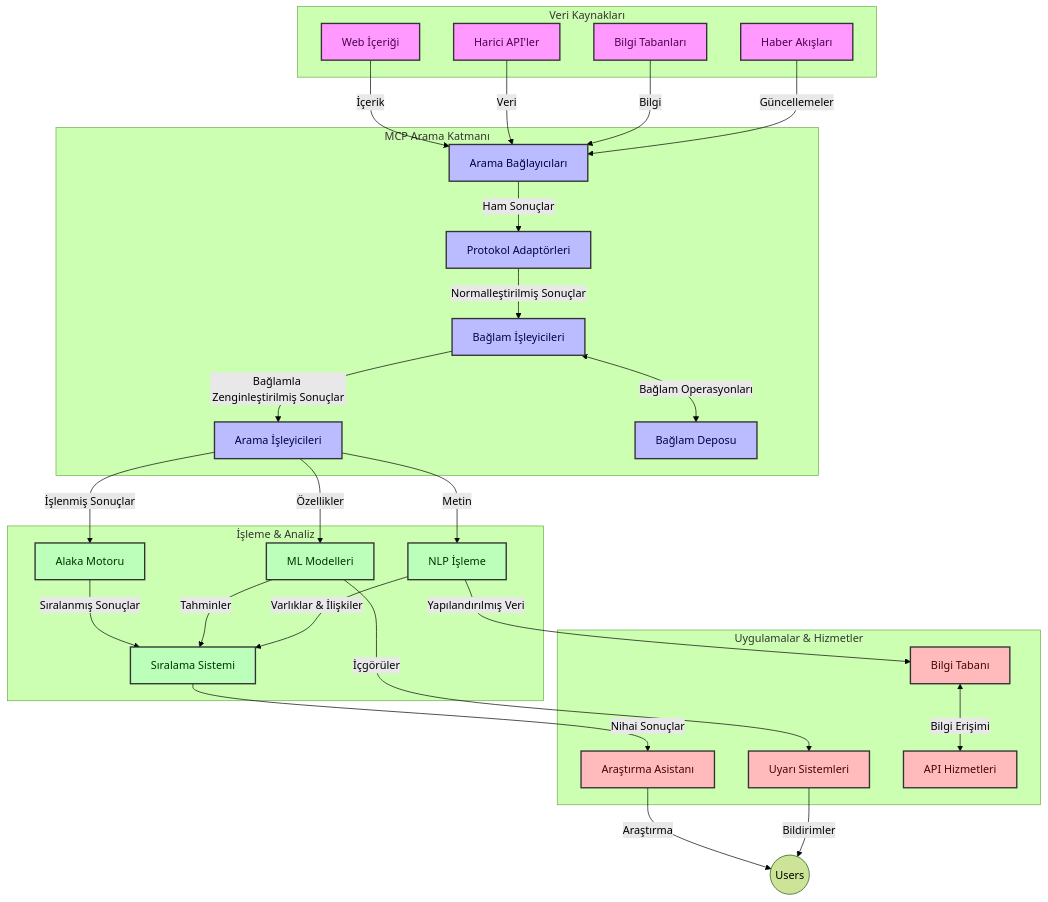
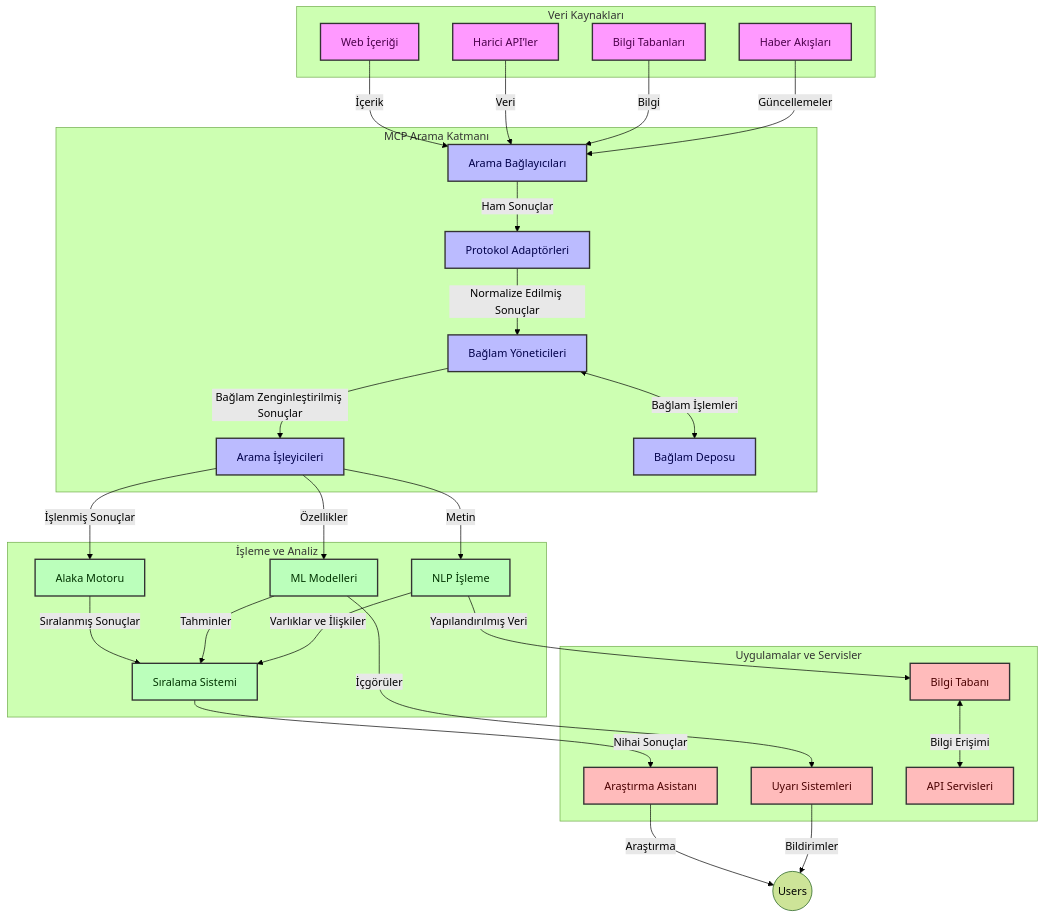
The first of 4 diagrams in translations/tr/05-AdvancedTopics/mcp-realtimesearch/README.md (microsoft/mcp-for-beginners), drawn with Mermaid (forest theme) before and after one commit. The commit also changed other lines of this file and 134 other files, not shown here.

````diff
--- a/translations/tr/05-AdvancedTopics/mcp-realtimesearch/README.md
+++ b/translations/tr/05-AdvancedTopics/mcp-realtimesearch/README.md
@@ -109,66 +109,66 @@
 ```mermaid
 graph TD
     subgraph "Veri Kaynakları"
         Web[Web İçeriği]
-        APIs[Harici API'ler]
+        APIs[Harici API’ler]
         DB[Bilgi Tabanları]
         News[Haber Akışları]
     end
 
     subgraph "MCP Arama Katmanı"
         SC[Arama Bağlayıcıları]
         PA[Protokol Adaptörleri]
-        CH[Bağlam İşleyicileri]
+        CH[Bağlam Yöneticileri]
         SP[Arama İşleyicileri]
         CS[Bağlam Deposu]
     end
 
-    subgraph "İşleme & Analiz"
+    subgraph "İşleme ve Analiz"
         RE[Alaka Motoru]
         ML[ML Modelleri]
         NLP[NLP İşleme]
         Rank[Sıralama Sistemi]
     end
 
-    subgraph "Uygulamalar & Hizmetler"
+    subgraph "Uygulamalar ve Servisler"
         RA[Araştırma Asistanı]
         Alerts[Uyarı Sistemleri]
         KB[Bilgi Tabanı]
-        API[API Hizmetleri]
+        API[API Servisleri]
     end
 
     Web -->|İçerik| SC
     APIs -->|Veri| SC
     DB -->|Bilgi| SC
     News -->|Güncellemeler| SC
     
     SC -->|Ham Sonuçlar| PA
-    PA -->|Normalleştirilmiş Sonuçlar| CH
-    CH <-->|Bağlam Operasyonları| CS
-    CH -->|Bağlamla Zenginleştirilmiş Sonuçlar| SP
+    PA -->|Normalize Edilmiş Sonuçlar| CH
+    CH <-->|Bağlam İşlemleri| CS
+    CH -->|Bağlam Zenginleştirilmiş Sonuçlar| SP
     SP -->|İşlenmiş Sonuçlar| RE
     SP -->|Özellikler| ML
     SP -->|Metin| NLP
     
     RE -->|Sıralanmış Sonuçlar| Rank
     ML -->|Tahminler| Rank
-    NLP -->|Varlıklar & İlişkiler| Rank
+    NLP -->|Varlıklar ve İlişkiler| Rank
     
     Rank -->|Nihai Sonuçlar| RA
     ML -->|İçgörüler| Alerts
     NLP -->|Yapılandırılmış Veri| KB
     
     RA -->|Araştırma| Users((Users))
     Alerts -->|Bildirimler| Users
     KB <-->|Bilgi Erişimi| API
 
     classDef sources fill:#f9f,stroke:#333,stroke-width:2px,color:#4a004a
     classDef mcp fill:#bbf,stroke:#333,stroke-width:2px,color:#00004a
     classDef processing fill:#bfb,stroke:#333,stroke-width:2px,color:#003300
     classDef apps fill:#fbb,stroke:#333,stroke-width:2px,color:#4a0000
     
     class Web,APIs,DB,News sources
     class SC,PA,CH,SP,CS mcp
     class RE,ML,NLP,Rank processing
     class RA,Alerts,KB,API apps
 ```
````
